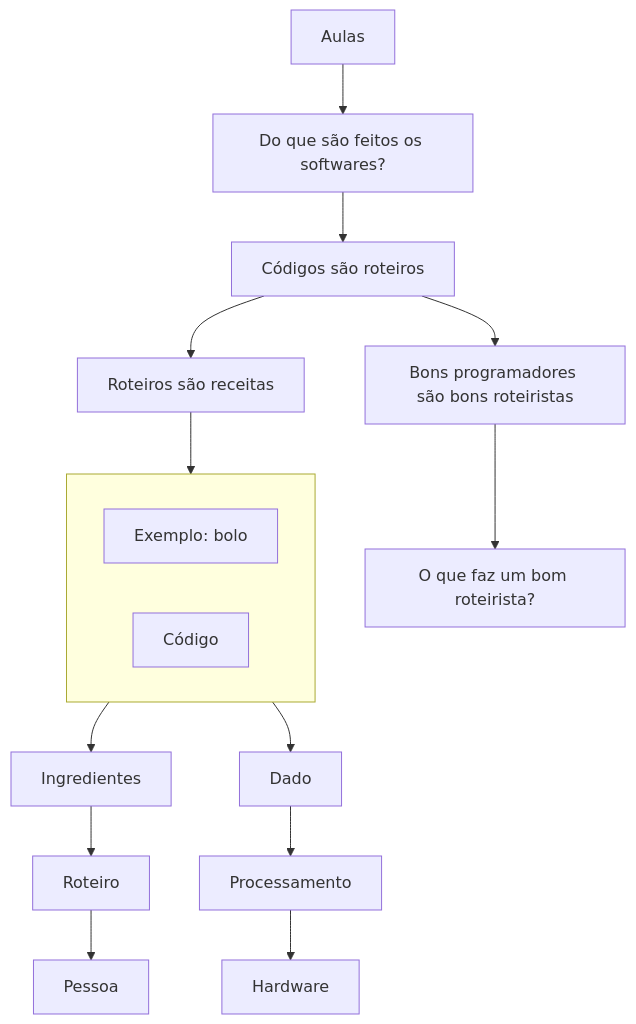
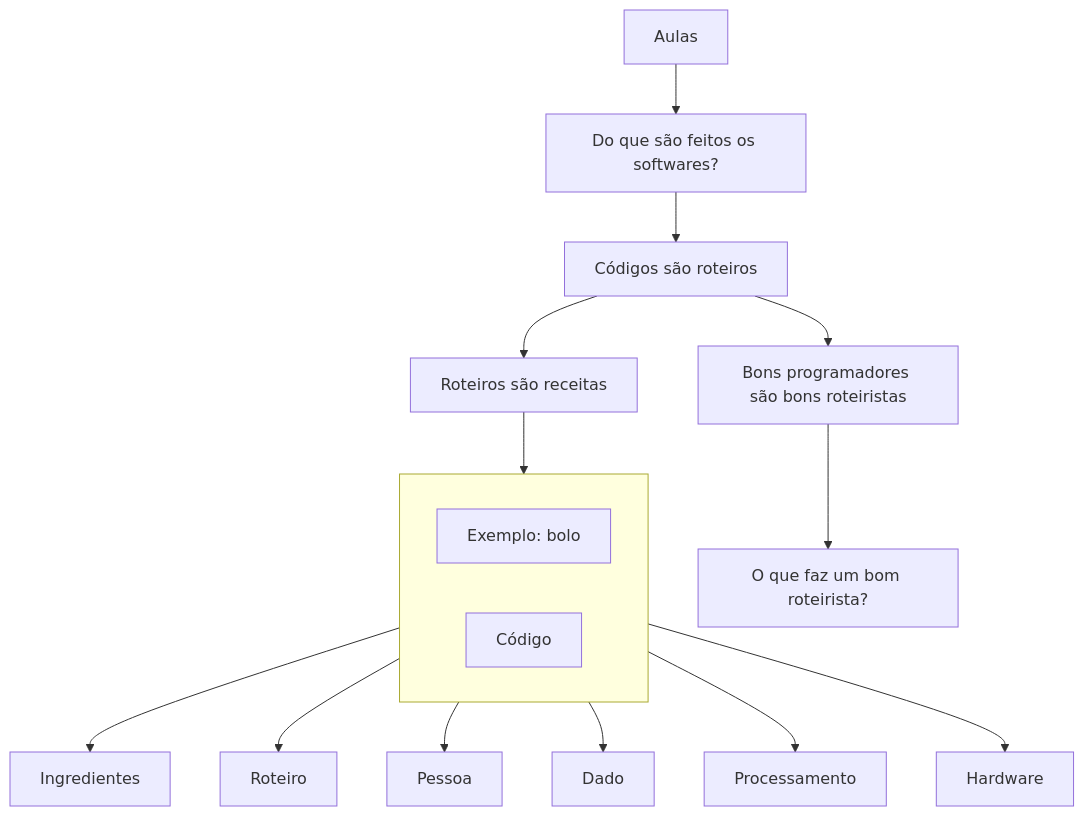
Before and after one commit to laerciogermano/workstation: the diagram in aulas/README.md, drawn with Mermaid.

Commit message:
Remove cadeia entre irmãos no Mermaid: três filhos diretos do bolo e do Código.

````diff
--- a/aulas/README.md
+++ b/aulas/README.md
@@ -3,24 +3,28 @@
 ```mermaid
 flowchart TD
   A[Aulas]
   B[Do que são feitos os softwares?]
   C[Códigos são roteiros]
   D[Roteiros são receitas]
   E[Bons programadores são bons roteiristas]
   F[O que faz um bom roteirista?]
   A --> B
   B --> C
   C --> D
   C --> E
   E --> F
   D --> lado
 
   subgraph lado[" "]
     direction LR
     DX[Exemplo: bolo]
     CG[Código]
   end
 
-  DX --> D1[Ingredientes] --> D2[Roteiro] --> D3[Pessoa]
-  CG --> CG1[Dado] --> CG2[Processamento] --> CG3[Hardware]
+  DX --> D1[Ingredientes]
+  DX --> D2[Roteiro]
+  DX --> D3[Pessoa]
+  CG --> CG1[Dado]
+  CG --> CG2[Processamento]
+  CG --> CG3[Hardware]
 ```
````
